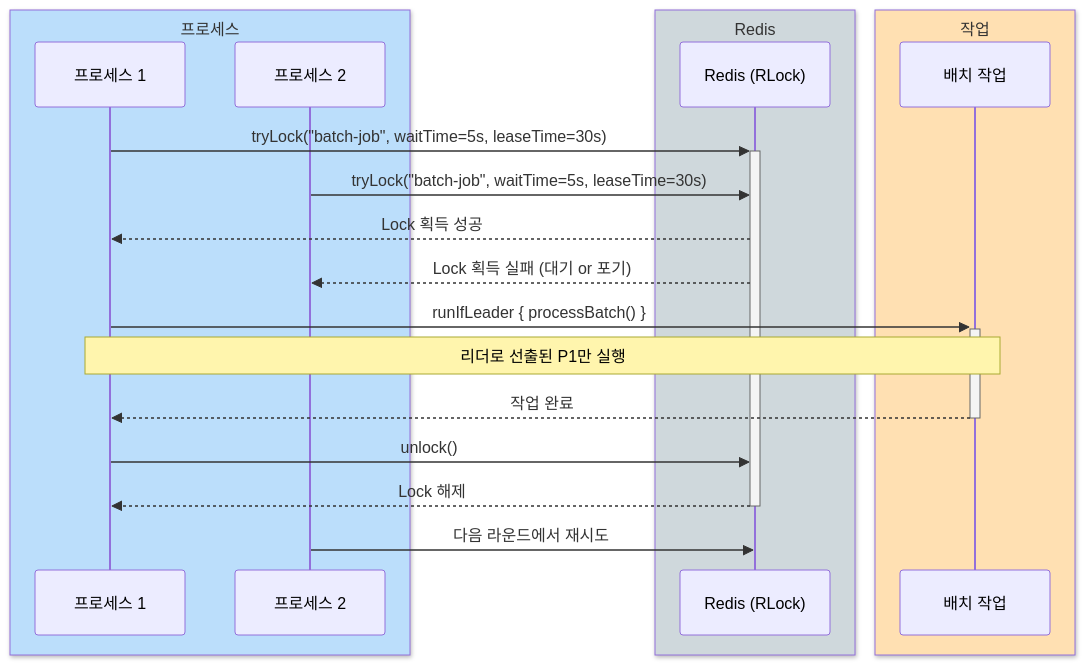
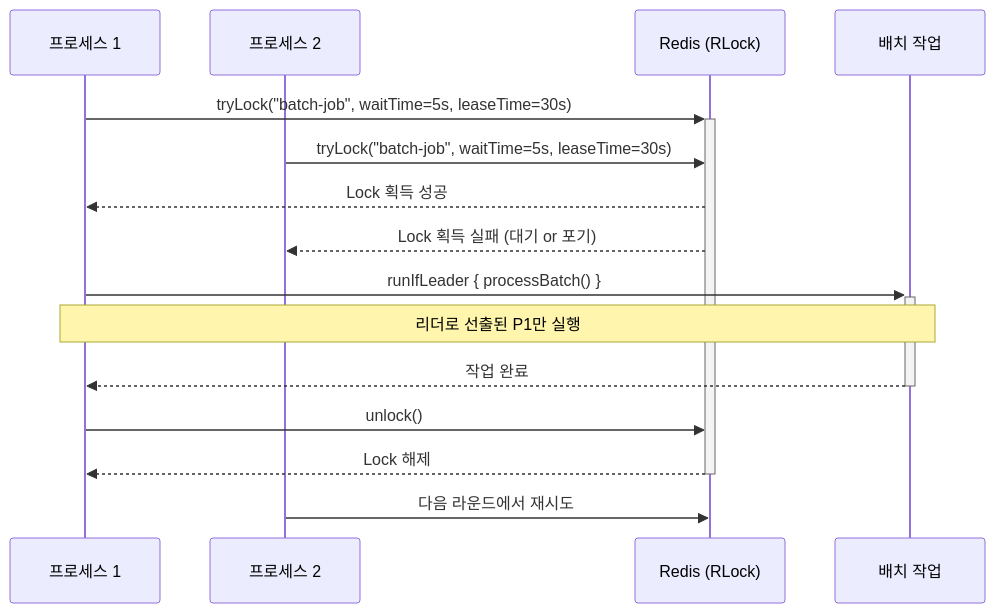
One commit to bluetape4k/bluetape4k-projects changed the second of 4 diagrams in infra/redisson/README.ko.md. Above: the diagram before and after it, drawn with Mermaid. The commit also changed other lines of this file and 219 other files, not shown here.

First line of the commit message:
docs: 전체 README Mermaid 다이어그램 가이드 적용

````diff
--- a/infra/redisson/README.ko.md
+++ b/infra/redisson/README.ko.md
@@ -373,26 +373,20 @@
 ```mermaid
 sequenceDiagram
-    box rgb(187,222,251) 프로세스
     participant P1 as 프로세스 1
     participant P2 as 프로세스 2
-    end
-    box rgb(207,216,220) Redis
     participant Redis as Redis (RLock)
-    end
-    box rgb(255,224,178) 작업
     participant Job as 배치 작업
-    end
 
     P1->>+Redis: tryLock("batch-job", waitTime=5s, leaseTime=30s)
     P2->>Redis: tryLock("batch-job", waitTime=5s, leaseTime=30s)
     Redis-->>P1: Lock 획득 성공
     Redis-->>P2: Lock 획득 실패 (대기 or 포기)
 
     P1->>+Job: runIfLeader { processBatch() }
     Note over P1,Job: 리더로 선출된 P1만 실행
     Job-->>-P1: 작업 완료
     P1->>Redis: unlock()
     Redis-->>-P1: Lock 해제
 
     P2->>Redis: 다음 라운드에서 재시도
 ```
````
